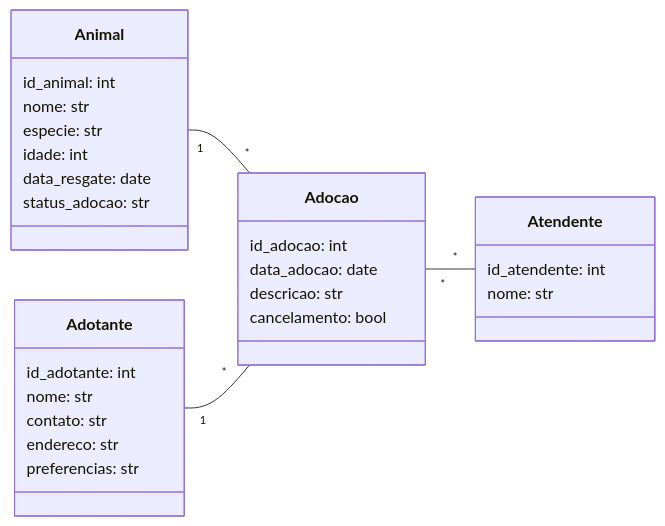
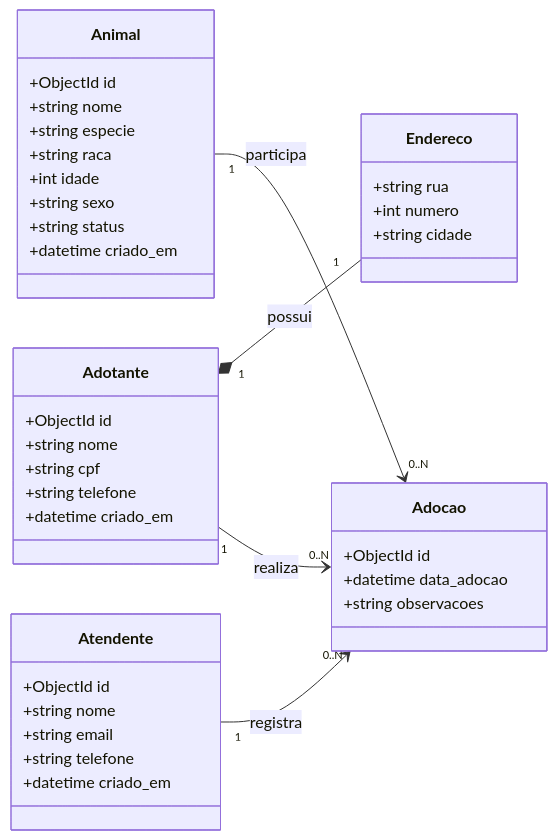
The first of 2 diagrams in README.md (LuanaStanz/trab2_persistencia2025), drawn with Mermaid before and after one commit. The commit also changed other lines of this file, not shown here.

Commit message:
Update class diagrams and API endpoints in README

````diff
--- a/README.md
+++ b/README.md
@@ -4,36 +4,49 @@
 ```mermaid
 classDiagram
     direction LR
-    class Animal {
-        id_animal: int
-        nome: str
-        especie: str
-        idade: int
-        data_resgate: date
-        status_adocao: str
+
+    class Atendente {
+        +ObjectId id
+        +string nome
+        +string email
+        +string telefone
+        +datetime criado_em
+    }
+
+    class Endereco {
+        +string rua
+        +int numero
+        +string cidade
     }
 
     class Adotante {
-        id_adotante: int
-        nome: str
-        contato: str
-        endereco: str
-        preferencias: str
+        +ObjectId id
+        +string nome
+        +string cpf
+        +string telefone
+        +datetime criado_em
+    }
+
+    class Animal {
+        +ObjectId id
+        +string nome
+        +string especie
+        +string raca
+        +int idade
+        +string sexo
+        +string status
+        +datetime criado_em
     }
 
     class Adocao {
-        id_adocao: int
-        data_adocao: date
-        descricao: str
-        cancelamento: bool
+        +ObjectId id
+        +datetime data_adocao
+        +string observacoes
     }
 
-    class Atendente {
-        id_atendente: int
-        nome: str
-    }
-
-    Animal "1" -- "*" Adocao 
-    Adotante "1" -- "*" Adocao
-    Adocao "*" -- "*" Atendente 
+    %% Cardinalidades
+    Adotante "1" *-- "1" Endereco : possui
+    Adotante "1" --> "0..N" Adocao : realiza
+    Animal "1" --> "0..N" Adocao : participa
+    Atendente "1" --> "0..N" Adocao : registra
 ```
````
